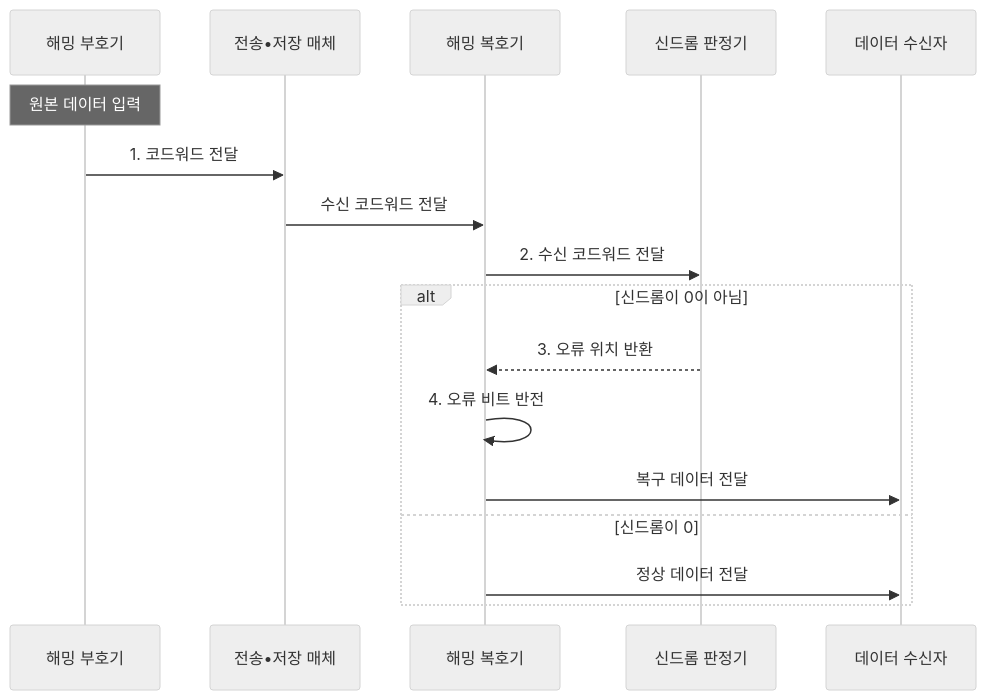
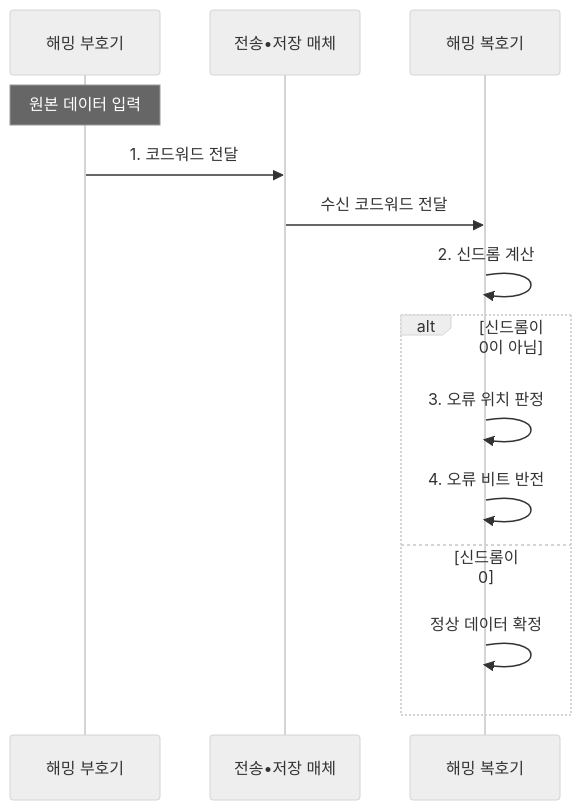
Before and after one commit to agnusdei1207/knowledge-base: the second of 2 diagrams in src/content/docs/notes/01-basic-theory/028_hamming_code.md, drawn with Mermaid (neutral theme). The commit also changed other lines of this file and 3 other files, not shown here.

Commit message:
Focus coding and probability flows

````diff
--- a/src/content/docs/notes/01-basic-theory/028_hamming_code.md
+++ b/src/content/docs/notes/01-basic-theory/028_hamming_code.md
@@ -99,19 +99,16 @@
 ```mermaid
 sequenceDiagram
     participant E as 해밍 부호기
     participant M as 전송•저장 매체
     participant D as 해밍 복호기
-    participant S as 신드롬 판정기
-    participant O as 데이터 수신자
     Note over E: 원본 데이터 입력
     E->>M: 1. 코드워드 전달
     M->>D: 수신 코드워드 전달
-    D->>S: 2. 수신 코드워드 전달
+    D->>D: 2. 신드롬 계산
     alt 신드롬이 0이 아님
-        S-->>D: 3. 오류 위치 반환
+        D->>D: 3. 오류 위치 판정
         D->>D: 4. 오류 비트 반전
-        D->>O: 복구 데이터 전달
     else 신드롬이 0
-        D->>O: 정상 데이터 전달
+        D->>D: 정상 데이터 확정
     end
 ```
````
